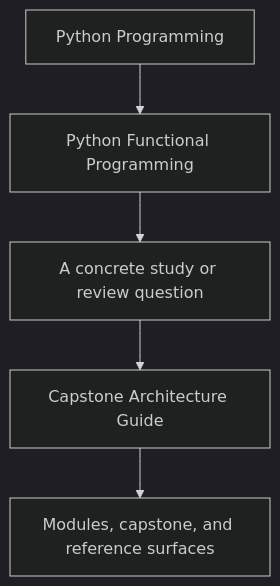
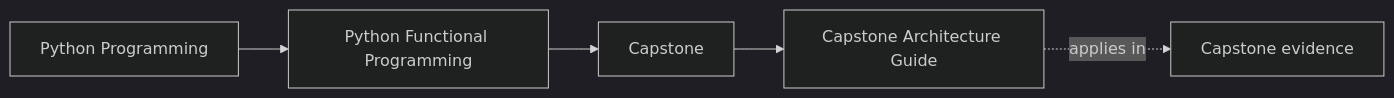
Before and after one commit to bijux/bijux-masterclass: the first of 2 diagrams in programs/python-programming/python-functional-programming/course-book/capstone/capstone-architecture-guide.md, drawn with Mermaid (dark theme). The commit also changed other lines of this file and 108 other files, not shown here.

Commit message:
docs(python-functional-programming): map capstone and advanced design surfaces

````diff
--- a/programs/python-programming/python-functional-programming/course-book/capstone/capstone-architecture-guide.md
+++ b/programs/python-programming/python-functional-programming/course-book/capstone/capstone-architecture-guide.md
@@ -7,7 +7,11 @@
 ```mermaid
-flowchart TD
-  family["Python Programming"] --> program["Python Functional Programming"]
-  program --> pressure["A concrete study or review question"]
-  pressure --> guide["Capstone Architecture Guide"]
-  guide --> next["Modules, capstone, and reference surfaces"]
+graph LR
+  family["Python Programming"]
+  program["Python Functional Programming"]
+  section["Capstone"]
+  page["Capstone Architecture Guide"]
+  capstone["Capstone evidence"]
+
+  family --> program --> section --> page
+  page -.applies in.-> capstone
 ```
````
